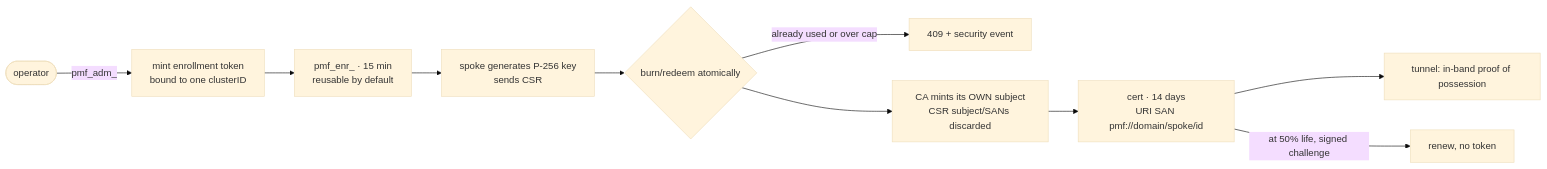
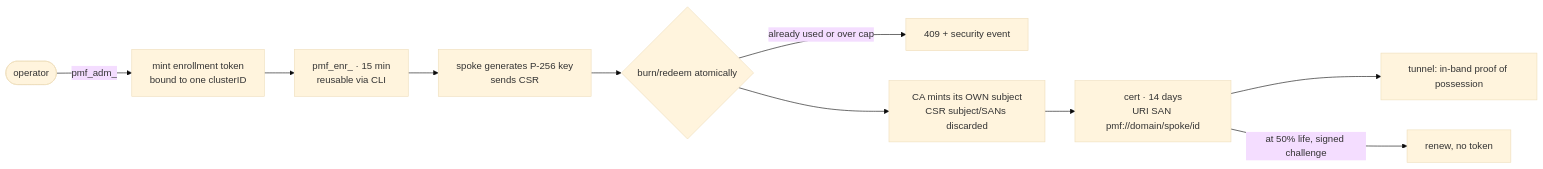
Before and after one commit to jacoknapp/prometheus-mcp-fleet: the fourth of 4 diagrams in docs/architecture.md, drawn with Mermaid (base theme). The commit also changed other lines of this file and 16 other files, not shown here.

````diff
--- a/docs/architecture.md
+++ b/docs/architecture.md
@@ -309,12 +309,12 @@
 ```mermaid
 flowchart LR
     OP(["operator"]) -->|"pmf_adm_"| MINT["mint enrollment token<br/>bound to one clusterID"]
-    MINT --> TOK["pmf_enr_ · 15 min<br/>reusable by default"]
+    MINT --> TOK["pmf_enr_ · 15 min<br/>reusable via CLI"]
     TOK --> SPOKE["spoke generates P-256 key<br/>sends CSR"]
     SPOKE --> BURN{"burn/redeem atomically"}
     BURN -->|already used or over cap| SEC["409 + security event"]
     BURN --> ISSUE["CA mints its OWN subject<br/>CSR subject/SANs discarded"]
     ISSUE --> CERT["cert · 14 days<br/>URI SAN pmf://domain/spoke/id"]
     CERT --> TUN["tunnel: in-band proof of possession"]
     CERT -->|"at 50% life, signed challenge"| RENEW["renew, no token"]
 ```
````
